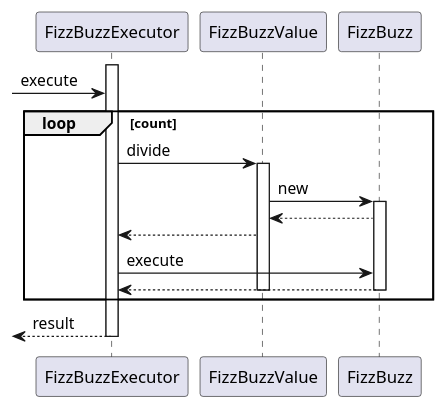
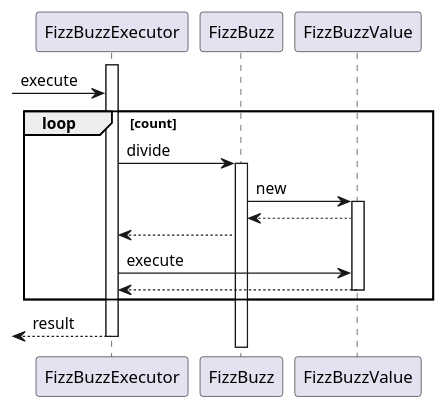
One commit to k2works/etude_for_ruby changed the fourth of 5 diagrams in docs/dev/_fizz_buzz.md. Above: the diagram before and after it, drawn with PlantUML. The commit also changed other lines of this file and 8 other files, not shown here.

````diff
--- a/docs/dev/_fizz_buzz.md
+++ b/docs/dev/_fizz_buzz.md
@@ -108,20 +108,20 @@
 ```puml
 @startuml
 activate FizzBuzzExecutor
 -> FizzBuzzExecutor :execute
 loop count
-  FizzBuzzExecutor -> FizzBuzzValue :divide
-  activate FizzBuzzValue
-    FizzBuzzValue -> FizzBuzz :new  
-    activate FizzBuzz
-      FizzBuzz --> FizzBuzzValue
-      FizzBuzzExecutor <-- FizzBuzzValue
-      FizzBuzzExecutor -> FizzBuzz :execute
-      FizzBuzz --> FizzBuzzExecutor
-    deactivate FizzBuzz
+  FizzBuzzExecutor -> FizzBuzz :divide
+  activate FizzBuzz
+    FizzBuzz -> FizzBuzzValue :new  
+    activate FizzBuzzValue
+      FizzBuzzValue --> FizzBuzz
+      FizzBuzzExecutor <-- FizzBuzz
+      FizzBuzzExecutor -> FizzBuzzValue :execute
+      FizzBuzzValue --> FizzBuzzExecutor
+    deactivate FizzBuzzValue
   deactivate FizzBuzzValue
 end
 <-- FizzBuzzExecutor :result
 deactivate FizzBuzzExecutor
 @enduml
 ```
````
